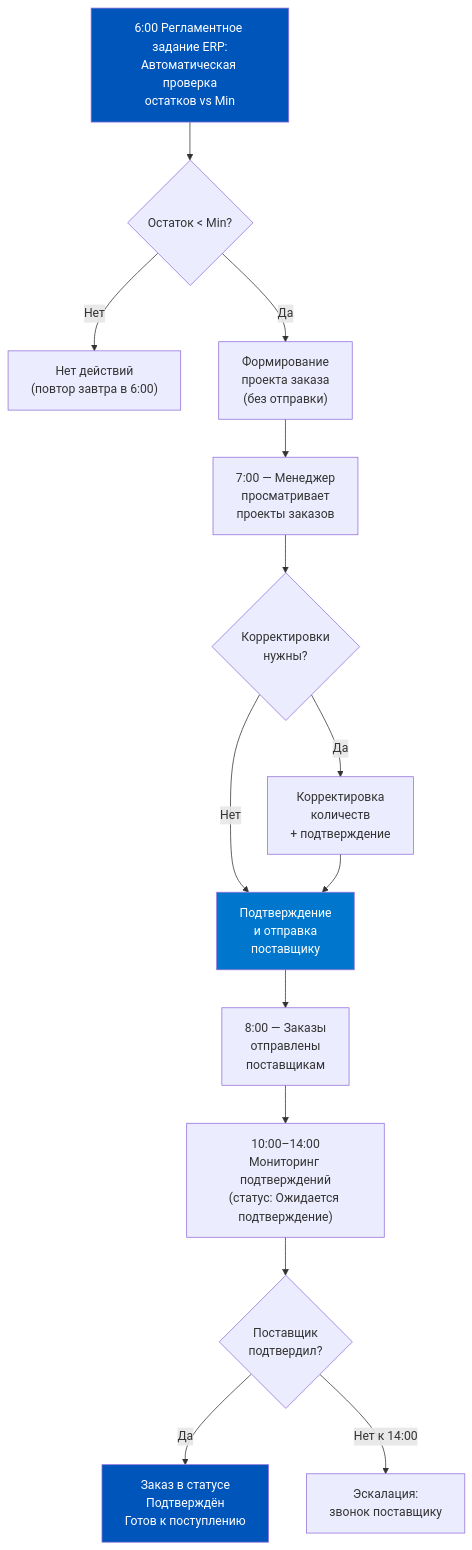
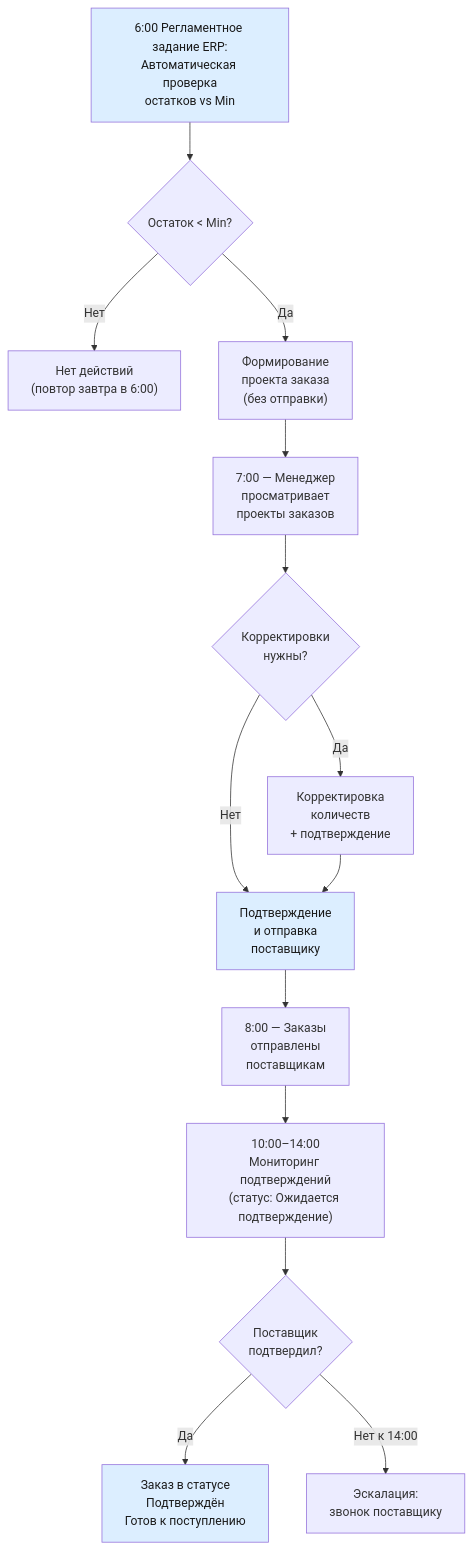
One commit to murad1986/1c-erp-quartz changed the third of 5 diagrams in content/1c-erp/week_3/Неделя 3 - День 6 - Практикум умная дозакупка.md. Above: the diagram before and after it, drawn with Mermaid. The commit also changed other lines of this file and 57 other files, not shown here.

First line of the commit message:
fix: Mermaid — пастельные цвета в источниках диаграмм (56 файлов)

````diff
--- a/content/1c-erp/week_3/Неделя 3 - День 6 - Практикум умная дозакупка.md
+++ b/content/1c-erp/week_3/Неделя 3 - День 6 - Практикум умная дозакупка.md
@@ -244,20 +244,20 @@
 ```mermaid
 flowchart TD
     A["6:00 Регламентное задание ERP:<br/>Автоматическая проверка<br/>остатков vs Min"] --> B{Остаток < Min?}
     B -->|Нет| C["Нет действий<br/>(повтор завтра в 6:00)"]
     B -->|Да| D["Формирование<br/>проекта заказа<br/>(без отправки)"]
     D --> E["7:00 — Менеджер<br/>просматривает<br/>проекты заказов"]
     E --> F{Корректировки<br/>нужны?}
     F -->|Нет| G["Подтверждение<br/>и отправка<br/>поставщику"]
     F -->|Да| H["Корректировка<br/>количеств<br/>+ подтверждение"]
     H --> G
     G --> I["8:00 — Заказы<br/>отправлены<br/>поставщикам"]
     I --> J["10:00–14:00<br/>Мониторинг подтверждений<br/>(статус: Ожидается подтверждение)"]
     J --> K{Поставщик<br/>подтвердил?}
     K -->|Да| L["Заказ в статусе<br/>Подтверждён<br/>Готов к поступлению"]
     K -->|Нет к 14:00| M["Эскалация:<br/>звонок поставщику"]
 
-    style A fill:#0055BB,color:#fff
-    style G fill:#0077CC,color:#fff
-    style L fill:#0055BB,color:#fff
+    style A fill:#dceeff,color:#1a1a1a
+    style G fill:#dceeff,color:#1a1a1a
+    style L fill:#dceeff,color:#1a1a1a
 ```
````
